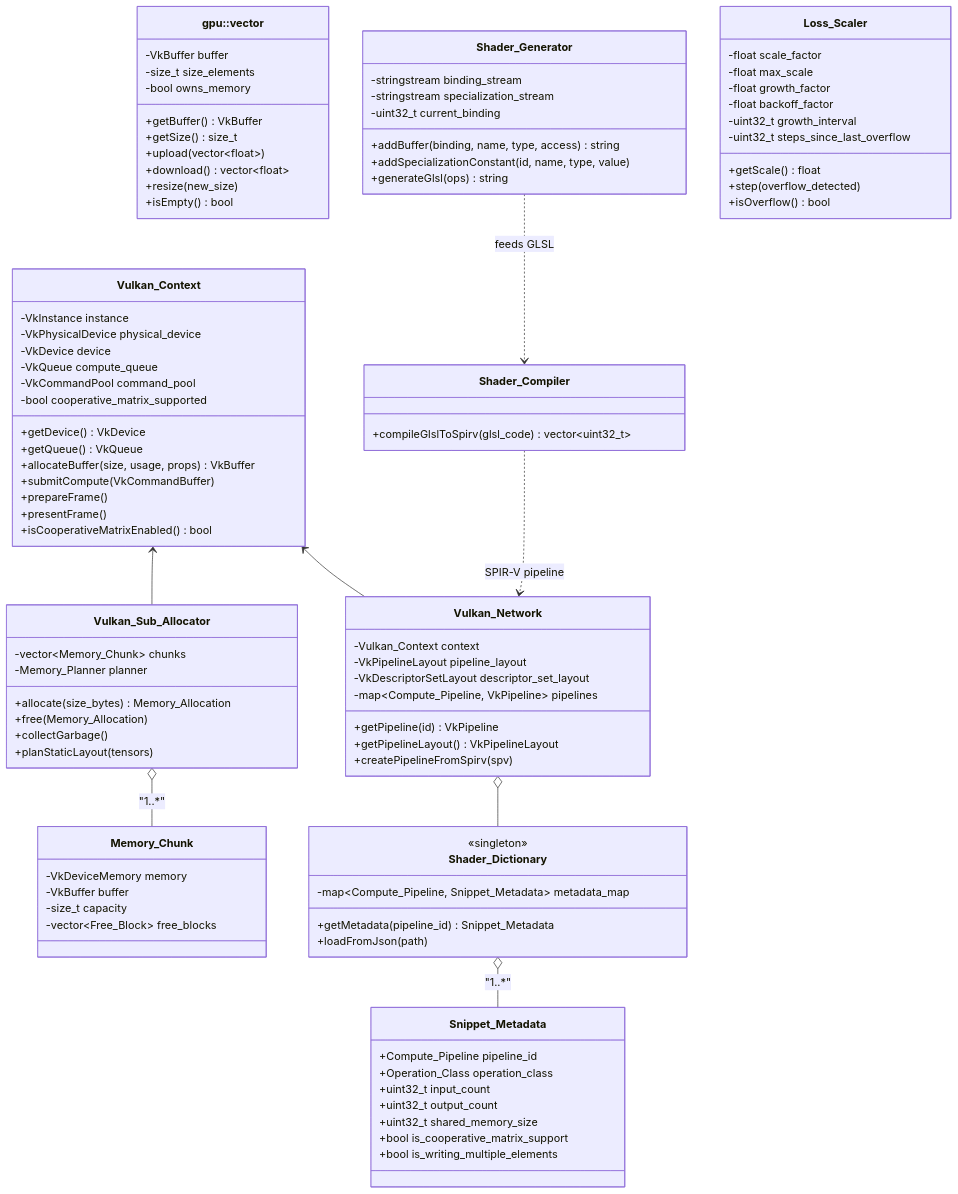
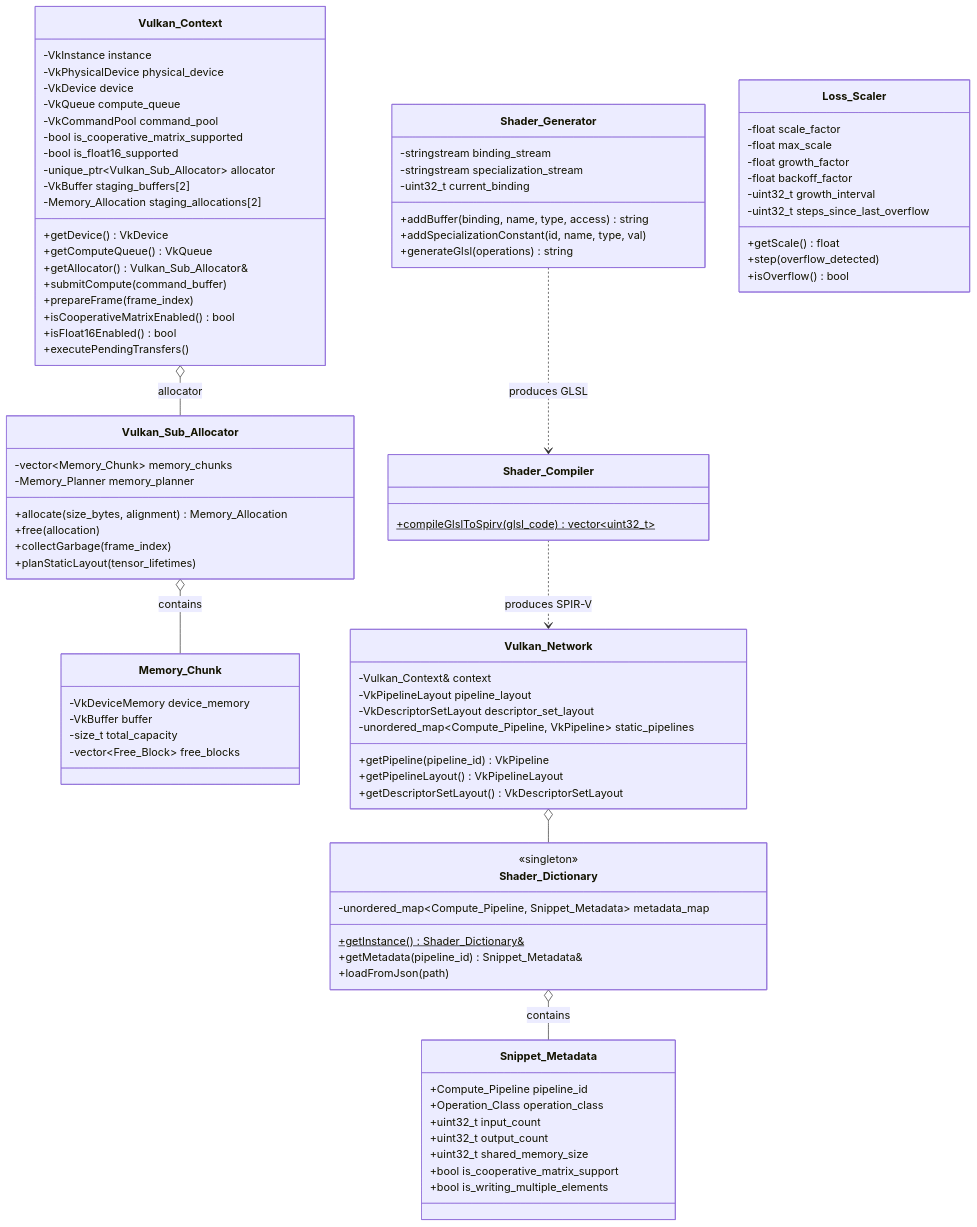
Before and after one commit to HungVQ1991/VulkanML: the fifth of 11 diagrams in architechture.md, drawn with Mermaid. The commit also changed other lines of this file, not shown here.

Commit message:
fix architecture

````diff
--- a/architechture.md
+++ b/architechture.md
@@ -405,58 +459,52 @@
         -VkDevice device
         -VkQueue compute_queue
         -VkCommandPool command_pool
-        -bool cooperative_matrix_supported
+        -bool is_cooperative_matrix_supported
+        -bool is_float16_supported
+        -unique_ptr~Vulkan_Sub_Allocator~ allocator
+        -VkBuffer staging_buffers[2]
+        -Memory_Allocation staging_allocations[2]
         +getDevice() VkDevice
-        +getQueue() VkQueue
-        +allocateBuffer(size, usage, props) VkBuffer
-        +submitCompute(VkCommandBuffer)
-        +prepareFrame()
-        +presentFrame()
+        +getComputeQueue() VkQueue
+        +getAllocator() Vulkan_Sub_Allocator&
+        +submitCompute(command_buffer)
+        +prepareFrame(frame_index)
         +isCooperativeMatrixEnabled() bool
+        +isFloat16Enabled() bool
+        +executePendingTransfers()
     }
 
     class Vulkan_Sub_Allocator {
-        -vector~Memory_Chunk~ chunks
-        -Memory_Planner planner
-        +allocate(size_bytes) Memory_Allocation
-        +free(Memory_Allocation)
-        +collectGarbage()
-        +planStaticLayout(tensors)
+        -vector~Memory_Chunk~ memory_chunks
+        -Memory_Planner memory_planner
+        +allocate(size_bytes, alignment) Memory_Allocation
+        +free(allocation)
+        +collectGarbage(frame_index)
+        +planStaticLayout(tensor_lifetimes)
     }
 
     class Memory_Chunk {
-        -VkDeviceMemory memory
+        -VkDeviceMemory device_memory
         -VkBuffer buffer
-        -size_t capacity
+        -size_t total_capacity
         -vector~Free_Block~ free_blocks
     }
 
-    class gpu_vector["gpu::vector"] {
-        -VkBuffer buffer
-        -size_t size_elements
-        -bool owns_memory
-        +getBuffer() VkBuffer
-        +getSize() size_t
-        +upload(vector~float~)
-        +download() vector~float~
-        +resize(new_size)
-        +isEmpty() bool
-    }
-
     class Vulkan_Network {
-        -Vulkan_Context context
+        -Vulkan_Context& context
         -VkPipelineLayout pipeline_layout
         -VkDescriptorSetLayout descriptor_set_layout
-        -map~Compute_Pipeline, VkPipeline~ pipelines
-        +getPipeline(id) VkPipeline
+        -unordered_map~Compute_Pipeline, VkPipeline~ static_pipelines
+        +getPipeline(pipeline_id) VkPipeline
         +getPipelineLayout() VkPipelineLayout
-        +createPipelineFromSpirv(spv)
+        +getDescriptorSetLayout() VkDescriptorSetLayout
     }
 
     class Shader_Dictionary {
         <<singleton>>
-        -map~Compute_Pipeline, Snippet_Metadata~ metadata_map
-        +getMetadata(pipeline_id) Snippet_Metadata
+        -unordered_map~Compute_Pipeline, Snippet_Metadata~ metadata_map
+        +getInstance()$ Shader_Dictionary&
+        +getMetadata(pipeline_id) Snippet_Metadata&
         +loadFromJson(path)
     }
 
@@ -475,12 +523,12 @@
         -stringstream specialization_stream
         -uint32_t current_binding
         +addBuffer(binding, name, type, access) string
-        +addSpecializationConstant(id, name, type, value)
-        +generateGlsl(ops) string
+        +addSpecializationConstant(id, name, type, val)
+        +generateGlsl(operations) string
     }
 
     class Shader_Compiler {
-        +compileGlslToSpirv(glsl_code) vector~uint32_t~
+        +compileGlslToSpirv(glsl_code)$ vector~uint32_t~
     }
 
     class Loss_Scaler {
@@ -495,11 +543,10 @@
         +isOverflow() bool
     }
 
-    Vulkan_Context <-- Vulkan_Sub_Allocator
-    Vulkan_Context <-- Vulkan_Network
-    Vulkan_Sub_Allocator o-- Memory_Chunk : "1..*"
+    Vulkan_Context o-- Vulkan_Sub_Allocator : allocator
+    Vulkan_Sub_Allocator o-- Memory_Chunk : contains
     Vulkan_Network o-- Shader_Dictionary
-    Shader_Dictionary o-- Snippet_Metadata : "1..*"
-    Shader_Generator ..> Shader_Compiler : feeds GLSL
-    Shader_Compiler ..> Vulkan_Network : SPIR-V pipeline
+    Shader_Dictionary o-- Snippet_Metadata : contains
+    Shader_Generator ..> Shader_Compiler : produces GLSL
+    Shader_Compiler ..> Vulkan_Network : produces SPIR-V
 ```
````
